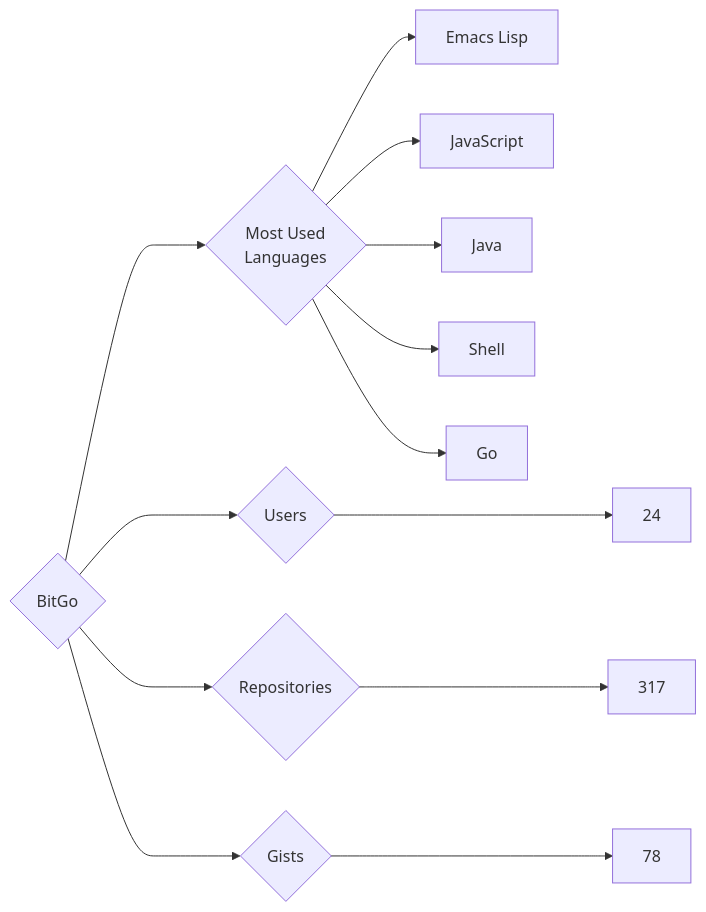
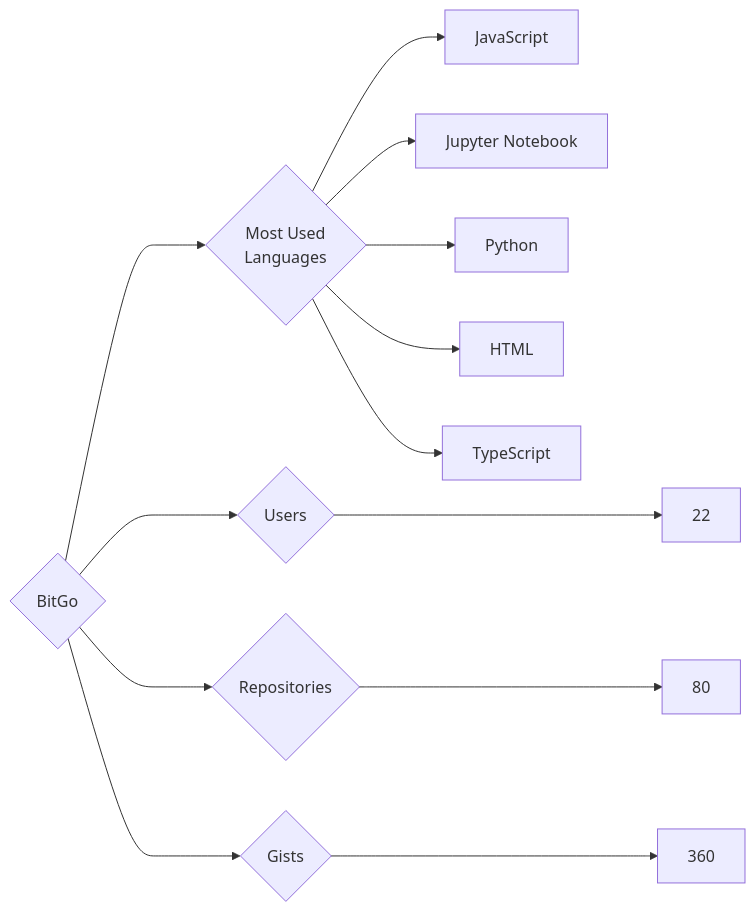
One commit to trickest/insiders changed the diagram in targets/BitGo/README.md. Above: the diagram before and after it, drawn with Mermaid. The commit also changed 861 other files, not shown here.

````diff
--- a/targets/BitGo/README.md
+++ b/targets/BitGo/README.md
@@ -3,13 +3,13 @@
 ```mermaid
 graph LR
 COMPANY_NAME{BitGo}
-COMPANY_NAME ---> U{Users} ---> UN[24]
-COMPANY_NAME ---> R{Repositories} ---> RN[317]
-COMPANY_NAME ---> G{Gists} ---> GN[78]
+COMPANY_NAME ---> U{Users} ---> UN[22]
+COMPANY_NAME ---> R{Repositories} ---> RN[80]
+COMPANY_NAME ---> G{Gists} ---> GN[360]
 COMPANY_NAME ---> ML{Most Used<br>Languages}
-ML --> Emacs_Lisp[Emacs Lisp]
 ML --> JavaScript[JavaScript]
-ML --> Java[Java]
-ML --> Shell[Shell]
-ML --> Go[Go]
+ML --> Jupyter_Notebook[Jupyter Notebook]
+ML --> Python[Python]
+ML --> HTML[HTML]
+ML --> TypeScript[TypeScript]
 ```
````
